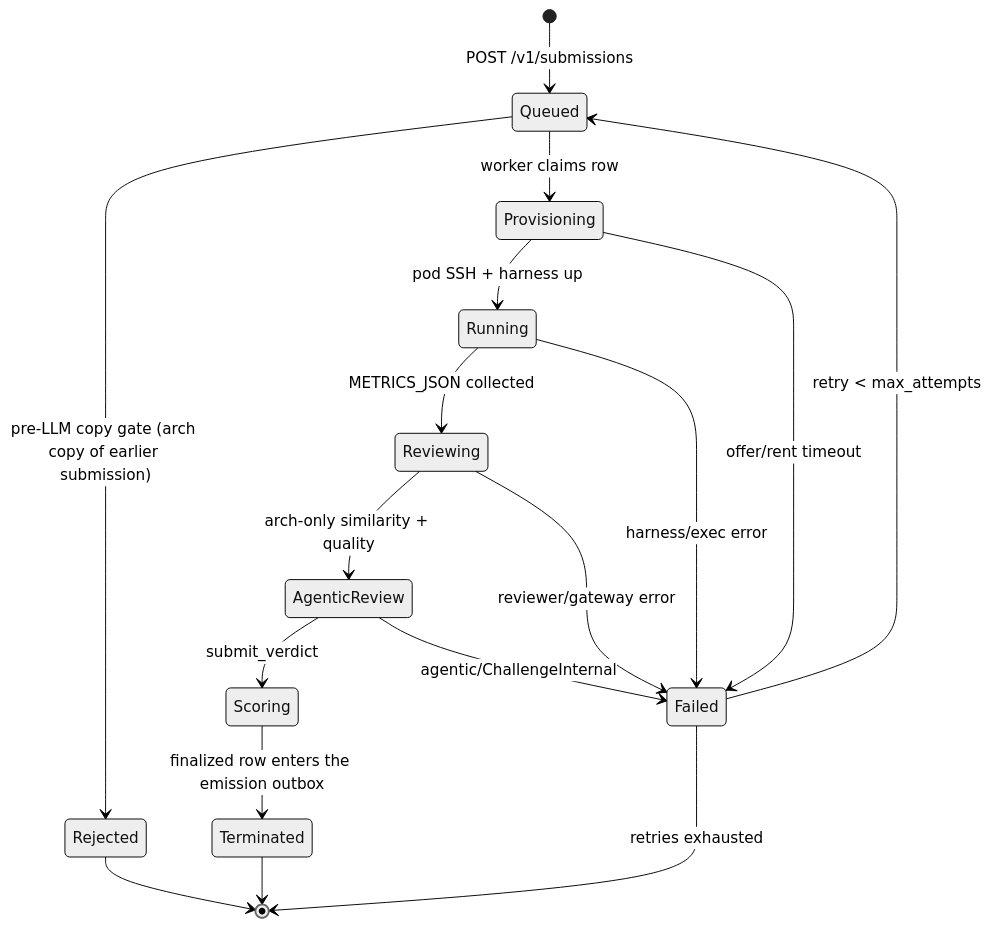
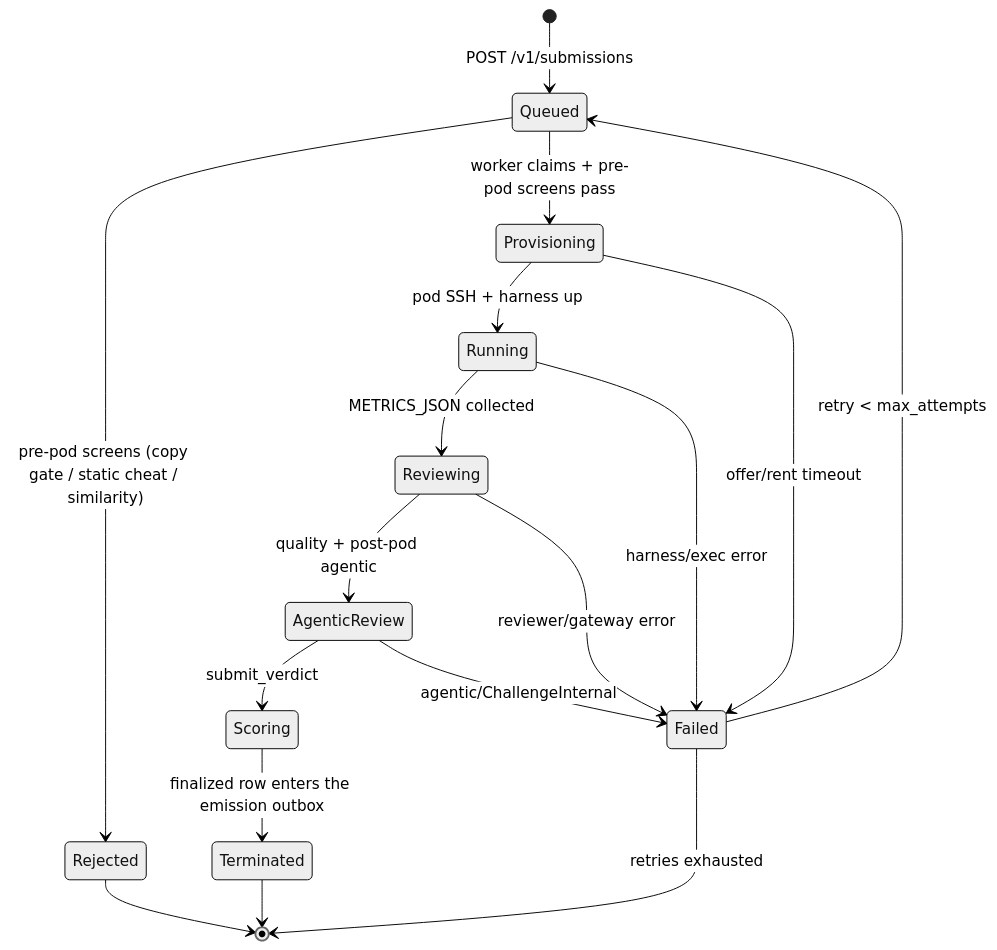
One commit to BaseIntelligence/base changed the diagram in docs/PRISM.md. Above: the diagram before and after it, drawn with Mermaid (neutral theme). The commit also changed other lines of this file and 20 other files, not shown here.

First line of the commit message:
fix(prism): restore WTA emission, pre-pod screens, 8 concurrent evals

````diff
--- a/docs/PRISM.md
+++ b/docs/PRISM.md
@@ -41,19 +41,19 @@
 ```mermaid
 stateDiagram-v2
     [*] --> Queued: POST /v1/submissions
-    Queued --> Rejected: pre-LLM copy gate (arch copy of earlier submission)
-    Queued --> Provisioning: worker claims row
+    Queued --> Rejected: pre-pod screens (copy gate / static cheat / similarity)
+    Queued --> Provisioning: worker claims + pre-pod screens pass
     Provisioning --> Running: pod SSH + harness up
     Running --> Reviewing: METRICS_JSON collected
-    Reviewing --> AgenticReview: arch-only similarity + quality
+    Reviewing --> AgenticReview: quality + post-pod agentic
     AgenticReview --> Scoring: submit_verdict
     Scoring --> Terminated: finalized row enters the emission outbox
     Provisioning --> Failed: offer/rent timeout
     Running --> Failed: harness/exec error
     Reviewing --> Failed: reviewer/gateway error
     AgenticReview --> Failed: agentic/ChallengeInternal
     Failed --> Queued: retry < max_attempts
     Failed --> [*]: retries exhausted
     Rejected --> [*]
     Terminated --> [*]
 ```
````
